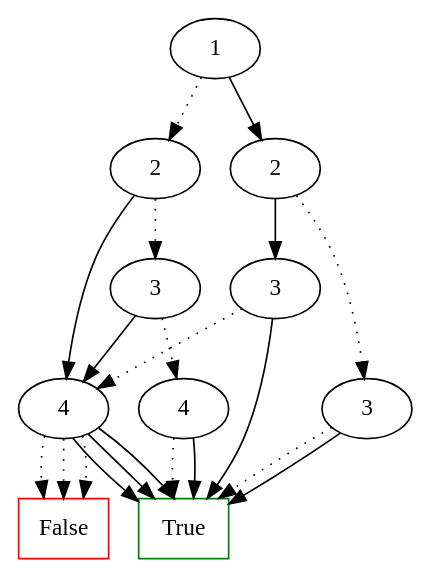
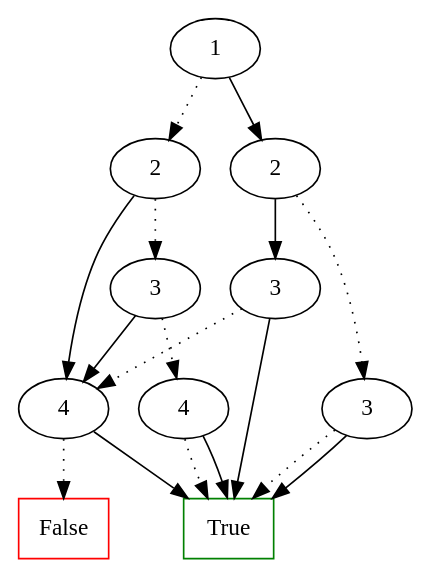
The diagram in essai.dot (mhjd/Projet-ouv), drawn with Graphviz before and after one commit. The commit also changed 7 other files, not shown here.

Commit message:
Abandon de l'idée de backtracking : c'était un bête parcourt de graphe !

```diff
--- a/essai.dot
+++ b/essai.dot
@@ -1,43 +1,28 @@
 digraph g {
 
-70228968925340 [label = 1];
-70228968925340 -> 70228968950188 [style=dotted];
-70228968925340 -> 70228968925416;
-70228968950188 [label = 2];
-70228968950188 -> 70228968961608 [style=dotted];
-70228968950188 -> 70228968961684;
-70228968961608 [label = 3];
-70228968961608 -> 70228968966588 [style=dotted];
-70228968961608 -> 70228968961684;
-70228968966588 [label = 4];
-70228968966588 -> 70228968968268 [style=dotted];
-70228968966588 -> 70228968968268;
-70228968968268 [shape = box, label = True,color =green];
-70228968968268 [shape = box, label = True,color =green];
-70228968961684 [label = 4];
-70228968961684 -> 70228968963364 [style=dotted];
-70228968961684 -> 70228968968268;
-70228968963364 [shape = box, label = False,color =red];
-70228968968268 [shape = box, label = True,color =green];
-70228968961684 [label = 4];
-70228968961684 -> 70228968963364 [style=dotted];
-70228968961684 -> 70228968968268;
-70228968963364 [shape = box, label = False,color =red];
-70228968968268 [shape = box, label = True,color =green];
-70228968925416 [label = 2];
-70228968925416 -> 70228968936920 [style=dotted];
-70228968925416 -> 70228968925492;
-70228968936920 [label = 3];
-70228968936920 -> 70228968968268 [style=dotted];
-70228968936920 -> 70228968968268;
-70228968968268 [shape = box, label = True,color =green];
-70228968968268 [shape = box, label = True,color =green];
-70228968925492 [label = 3];
-70228968925492 -> 70228968961684 [style=dotted];
-70228968925492 -> 70228968968268;
-70228968961684 [label = 4];
-70228968961684 -> 70228968963364 [style=dotted];
-70228968961684 -> 70228968968268;
-70228968963364 [shape = box, label = False,color =red];
-70228968968268 [shape = box, label = True,color =green];
-70228968968268 [shape = box, label = True,color =green];}
+70178239867224 [label = 1];
+70178239867224 -> 70178239891968 [style=dotted];
+70178239867224 -> 70178239867284;
+70178239891968 [label = 2];
+70178239891968 -> 70178239903340 [style=dotted];
+70178239891968 -> 70178239903400;
+70178239903340 [label = 3];
+70178239903340 -> 70178239908288 [style=dotted];
+70178239903340 -> 70178239903400;
+70178239908288 [label = 4];
+70178239908288 -> 70178239909952 [style=dotted];
+70178239908288 -> 70178239909952;
+70178239909952 [shape = box, label = True,color =green];
+70178239903400 [label = 4];
+70178239903400 -> 70178239905064 [style=dotted];
+70178239903400 -> 70178239909952;
+70178239905064 [shape = box, label = False,color =red];
+70178239867284 [label = 2];
+70178239867284 -> 70178239878732 [style=dotted];
+70178239867284 -> 70178239867344;
+70178239878732 [label = 3];
+70178239878732 -> 70178239909952 [style=dotted];
+70178239878732 -> 70178239909952;
+70178239867344 [label = 3];
+70178239867344 -> 70178239903400 [style=dotted];
+70178239867344 -> 70178239909952;}
```
